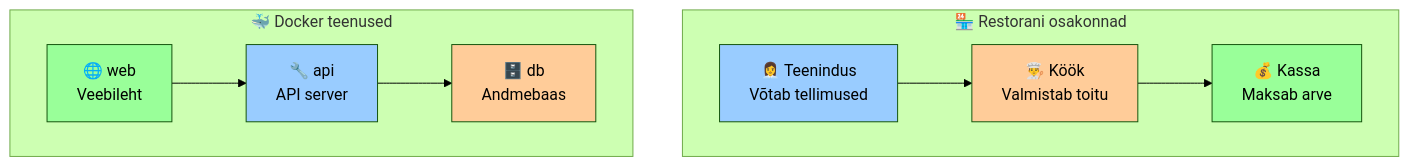
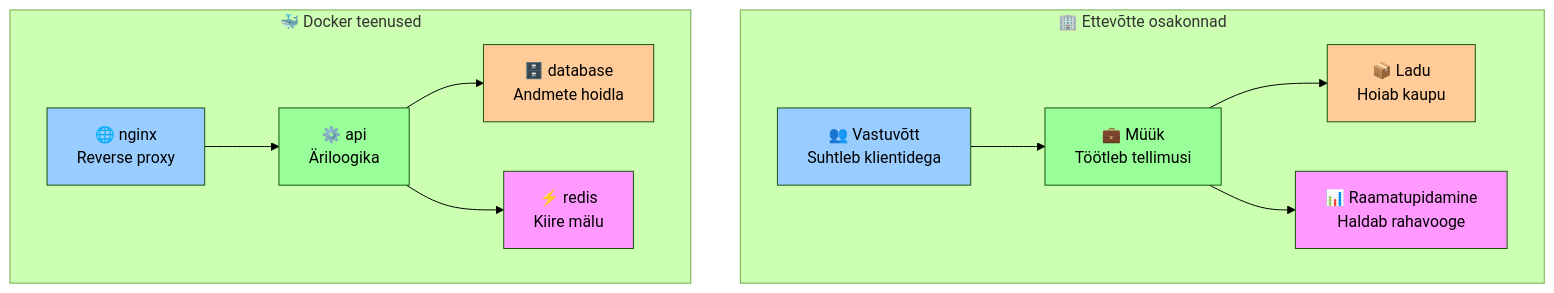
The third of 12 diagrams in docker_orchestration/lecture.md (mtalvik/automatiseerimine_ext), drawn with Mermaid (forest theme) before and after one commit. The commit also changed other lines of this file, not shown here.

````diff
--- a/docker_orchestration/lecture.md
+++ b/docker_orchestration/lecture.md
@@ -452,27 +218,33 @@
 ```mermaid
 graph TB
-    subgraph "🏪 Restorani osakonnad"
-        Kitchen[👨‍🍳 Köök<br/>Valmistab toitu]
-        Service[👩‍💼 Teenindus<br/>Võtab tellimused]
-        Cashier[💰 Kassa<br/>Maksab arve]
+    subgraph "🏢 Ettevõtte osakonnad"
+        Reception[👥 Vastuvõtt<br/>Suhtleb klientidega]
+        Sales[💼 Müük<br/>Töötleb tellimusi]
+        Warehouse[📦 Ladu<br/>Hoiab kaupu]
+        Accounting[📊 Raamatupidamine<br/>Haldab rahavooge]
     end
     
     subgraph "🐳 Docker teenused"
-        DB[🗄️ db<br/>Andmebaas]
-        API[🔧 api<br/>API server]
-        Web[🌐 web<br/>Veebileht]
+        Nginx[🌐 nginx<br/>Reverse proxy]
+        API[⚙️ api<br/>Äriloogika]
+        DB[🗄️ database<br/>Andmete hoidla]
+        Cache[⚡ redis<br/>Kiire mälu]
     end
     
-    Service --> Kitchen
-    Kitchen --> Cashier
+    Reception --> Sales
+    Sales --> Warehouse
+    Sales --> Accounting
     
-    Web --> API
+    Nginx --> API
     API --> DB
+    API --> Cache
     
-    style Kitchen fill:#ffcc99
-    style Service fill:#99ccff
-    style Cashier fill:#99ff99
+    style Reception fill:#99ccff
+    style Sales fill:#99ff99
+    style Warehouse fill:#ffcc99
+    style Accounting fill:#ff99ff
+    style Nginx fill:#99ccff
+    style API fill:#99ff99
     style DB fill:#ffcc99
-    style API fill:#99ccff
-    style Web fill:#99ff99
+    style Cache fill:#ff99ff
 ```
````
